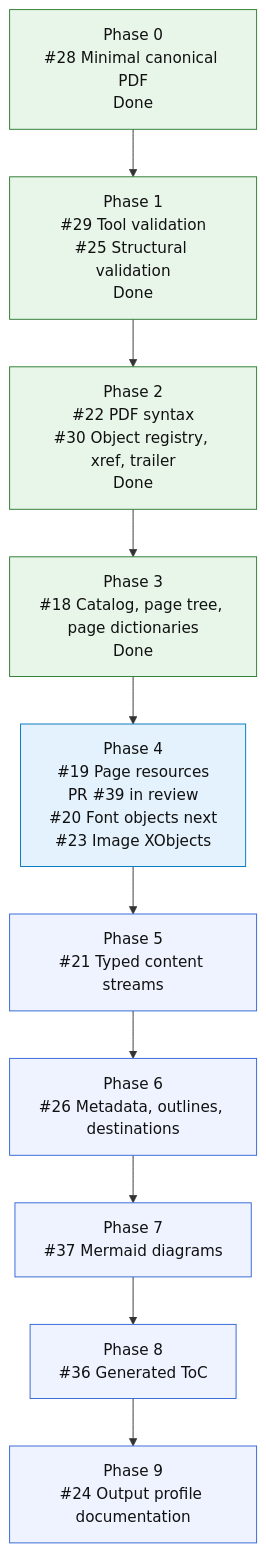
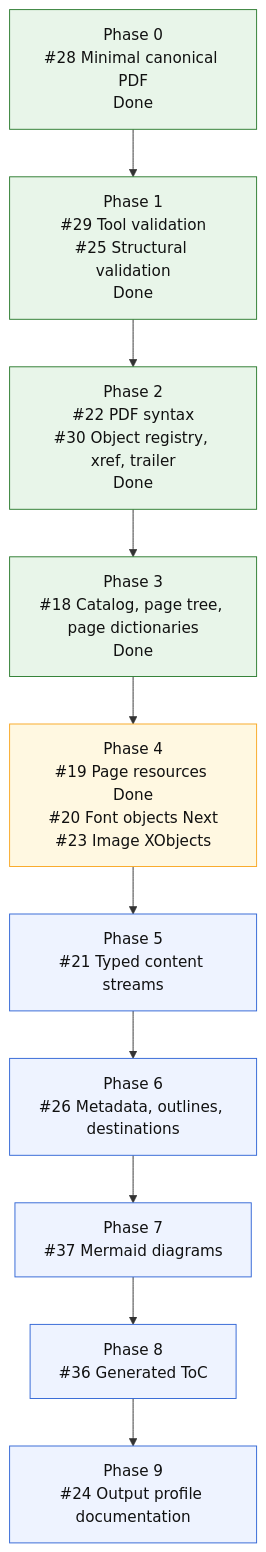
Before and after one commit to mihaelamj/MarkdownPDF: the diagram in README.md, drawn with Mermaid.

Commit message:
docs(roadmap): mark page resources done

````diff
--- a/README.md
+++ b/README.md
@@ -126,23 +126,22 @@
 ```mermaid
 flowchart TD
     P0["Phase 0<br/>#28 Minimal canonical PDF<br/>Done"]
     P1["Phase 1<br/>#29 Tool validation<br/>#25 Structural validation<br/>Done"]
     P2["Phase 2<br/>#22 PDF syntax<br/>#30 Object registry, xref, trailer<br/>Done"]
     P3["Phase 3<br/>#18 Catalog, page tree, page dictionaries<br/>Done"]
-    P4["Phase 4<br/>#19 Page resources<br/>PR #39 in review<br/>#20 Font objects next<br/>#23 Image XObjects"]
+    P4["Phase 4<br/>#19 Page resources Done<br/>#20 Font objects Next<br/>#23 Image XObjects"]
     P5["Phase 5<br/>#21 Typed content streams"]
     P6["Phase 6<br/>#26 Metadata, outlines, destinations"]
     P7["Phase 7<br/>#37 Mermaid diagrams"]
     P8["Phase 8<br/>#36 Generated ToC"]
     P9["Phase 9<br/>#24 Output profile documentation"]
 
     P0 --> P1 --> P2 --> P3 --> P4 --> P5 --> P6 --> P7 --> P8 --> P9
 
     classDef done fill:#e8f5e9,stroke:#2e7d32,color:#111;
-    classDef review fill:#e3f2fd,stroke:#0277bd,color:#111;
     classDef next fill:#fff8e1,stroke:#f9a825,color:#111;
     classDef todo fill:#eef3ff,stroke:#3367d6,color:#111;
     class P0,P1,P2,P3 done;
-    class P4 review;
+    class P4 next;
     class P5,P6,P7,P8,P9 todo;
 ```
````
